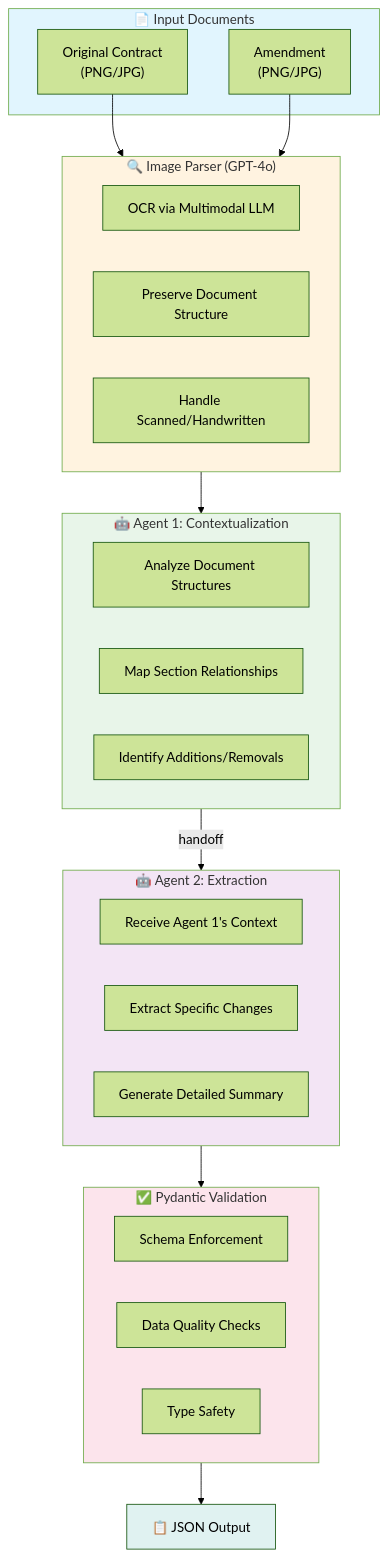
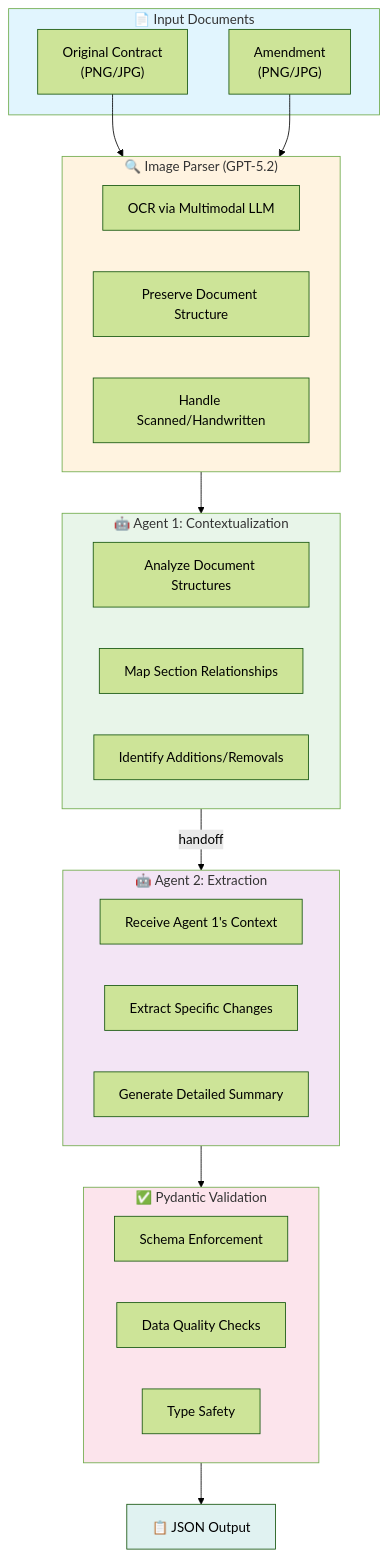
The first of 3 diagrams in python/README.md (luizcg/henry-task-04), drawn with Mermaid (forest theme) before and after one commit. The commit also changed other lines of this file and 1 other file, not shown here.

Commit message:
docs: update model references from GPT-4o to GPT-5.2

````diff
--- a/python/README.md
+++ b/python/README.md
@@ -24,47 +24,47 @@
 ```mermaid
 flowchart TB
     subgraph Input["📄 Input Documents"]
         Original["Original Contract<br/>(PNG/JPG)"]
         Amendment["Amendment<br/>(PNG/JPG)"]
     end
 
-    subgraph Parser["🔍 Image Parser (GPT-4o)"]
+    subgraph Parser["🔍 Image Parser (GPT-5.2)"]
         OCR["OCR via Multimodal LLM"]
         Structure["Preserve Document Structure"]
         Handwriting["Handle Scanned/Handwritten"]
     end
 
     subgraph Agent1["🤖 Agent 1: Contextualization"]
         Analyze["Analyze Document Structures"]
         Map["Map Section Relationships"]
         Identify["Identify Additions/Removals"]
     end
 
     subgraph Agent2["🤖 Agent 2: Extraction"]
         Context["Receive Agent 1's Context"]
         Extract["Extract Specific Changes"]
         Summary["Generate Detailed Summary"]
     end
 
     subgraph Validation["✅ Pydantic Validation"]
         Schema["Schema Enforcement"]
         Quality["Data Quality Checks"]
         Types["Type Safety"]
     end
 
     Output["📋 JSON Output"]
 
     Original --> Parser
     Amendment --> Parser
     Parser --> Agent1
     Agent1 -->|"handoff"| Agent2
     Agent2 --> Validation
     Validation --> Output
 
     style Input fill:#e1f5fe
     style Parser fill:#fff3e0
     style Agent1 fill:#e8f5e9
     style Agent2 fill:#f3e5f5
     style Validation fill:#fce4ec
     style Output fill:#e0f2f1
 ```
````
